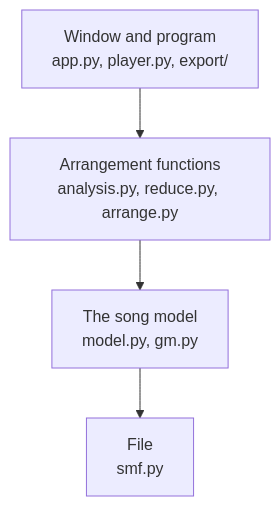
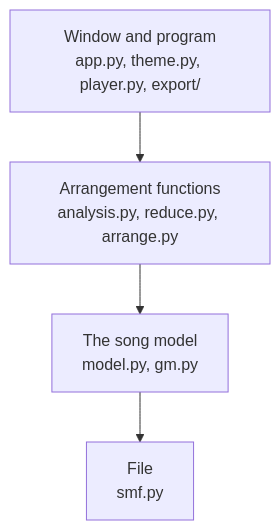
Before and after one commit to acscpt/montyroll: the first of 3 diagrams in docs/architecture.md, drawn with Mermaid. The commit also changed other lines of this file and 13 other files, not shown here.

Commit message:
Update the docs and the README for the new window: channel rows, the inspector, the lanes, the drawer, the Reduce panel toggles and the theme extra; retake the screenshots; add the Unreleased changelog entries

````diff
--- a/docs/architecture.md
+++ b/docs/architecture.md
@@ -31,11 +31,11 @@
 ```mermaid
 flowchart TD
-	A["Window and program<br>app.py, player.py, export/"]
+	A["Window and program<br>app.py, theme.py, player.py, export/"]
 	B["Arrangement functions<br>analysis.py, reduce.py, arrange.py"]
 	C["The song model<br>model.py, gm.py"]
 	D["File<br>smf.py"]
 
 	A --> B
 	B --> C
 	C --> D
 ```
````
